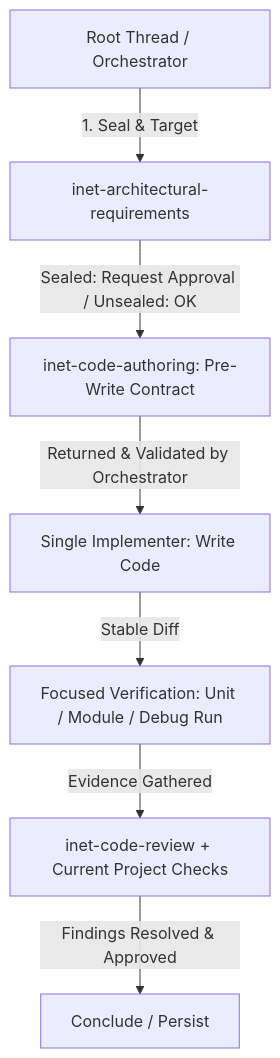
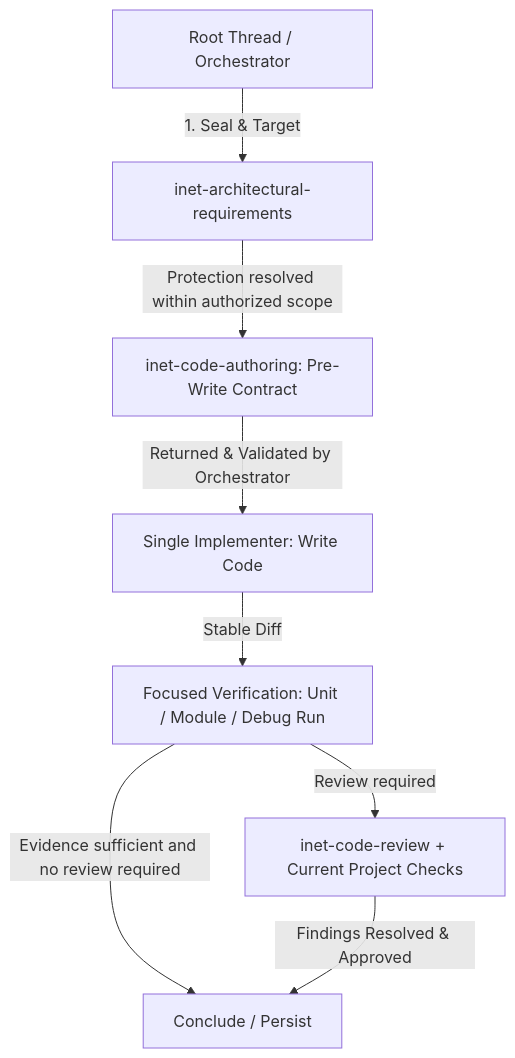
The diagram in .agents/skills/inet-agent-orchestration/SKILL.md (mgonzalezlopezudc/inet-skills), drawn with Mermaid before and after one commit. The commit also changed other lines of this file and 13 other files, not shown here.

````diff
--- a/.agents/skills/inet-agent-orchestration/SKILL.md
+++ b/.agents/skills/inet-agent-orchestration/SKILL.md
@@ -47,9 +46,10 @@
 ```mermaid
 graph TD
     Root[Root Thread / Orchestrator] -->|1. Seal & Target| ArchGuard[inet-architectural-requirements]
-    ArchGuard -->|Sealed: Request Approval / Unsealed: OK| Contract[inet-code-authoring: Pre-Write Contract]
+    ArchGuard -->|Protection resolved within authorized scope| Contract[inet-code-authoring: Pre-Write Contract]
     Contract -->|Returned & Validated by Orchestrator| Implement[Single Implementer: Write Code]
     Implement -->|Stable Diff| Test[Focused Verification: Unit / Module / Debug Run]
-    Test -->|Evidence Gathered| Review[inet-code-review + Current Project Checks]
+    Test -->|Review required| Review[inet-code-review + Current Project Checks]
+    Test -->|Evidence sufficient and no review required| Conclude[Conclude / Persist]
     Review -->|Findings Resolved & Approved| Conclude[Conclude / Persist]
 ```
````
